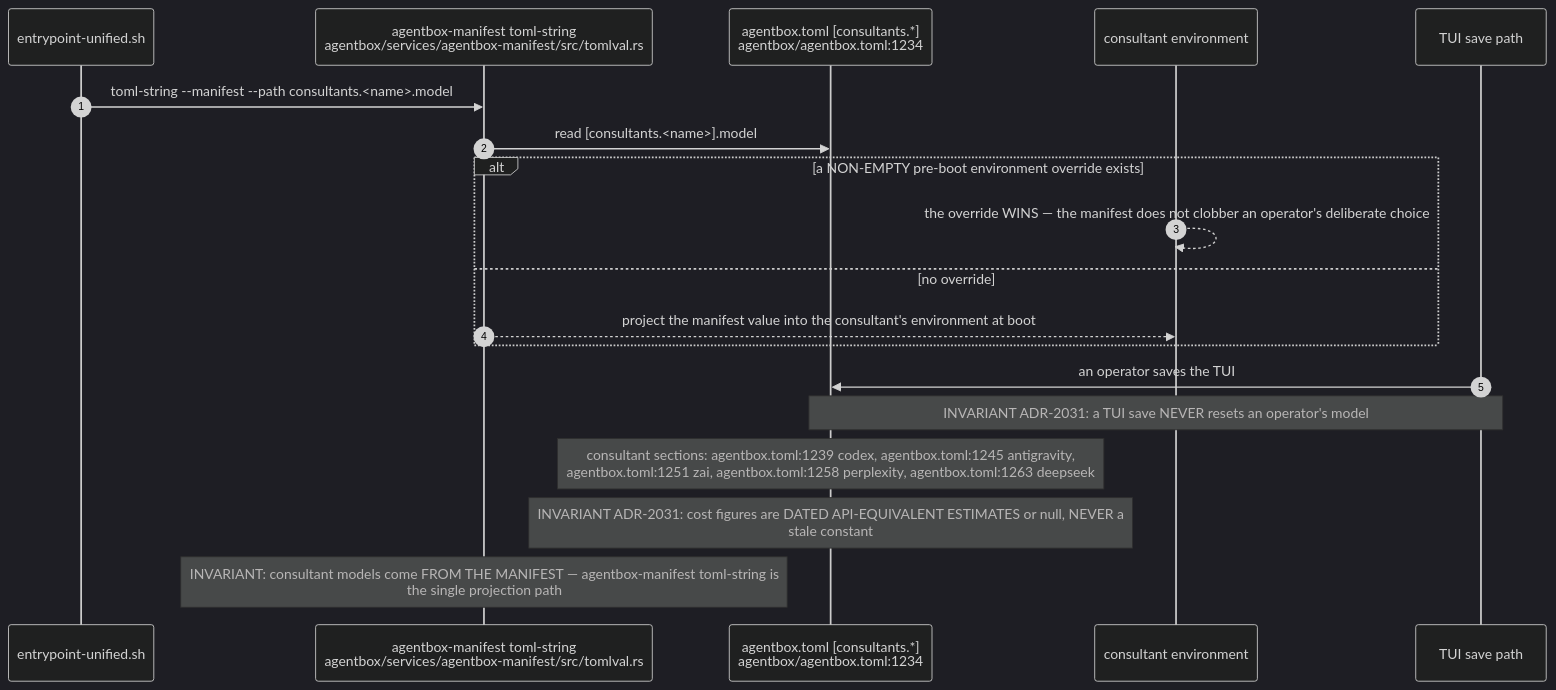
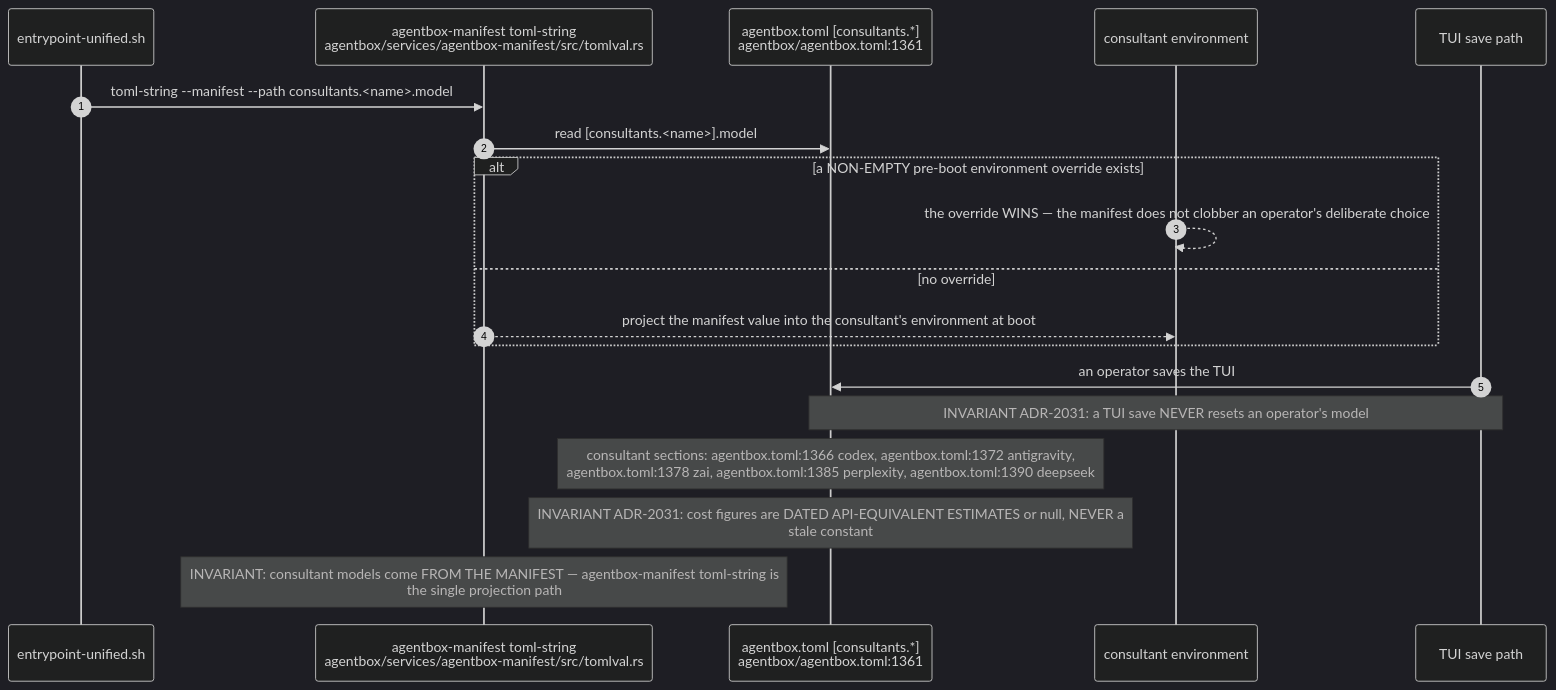
Before and after one commit to DreamLab-AI/VisionFlow: the third of 10 diagrams in docs/diagrams/agentbox/28-agentbox-services-and-manifest-binary.md, drawn with Mermaid (dark theme). The commit also changed other lines of this file and 111 other files, not shown here.

Commit message:
docs(diagrams): align estate maps with current source

````diff
--- a/docs/diagrams/agentbox/28-agentbox-services-and-manifest-binary.md
+++ b/docs/diagrams/agentbox/28-agentbox-services-and-manifest-binary.md
@@ -172,22 +172,22 @@
 ```mermaid
 sequenceDiagram
     autonumber
     participant EP as entrypoint-unified.sh
     participant BIN as agentbox-manifest toml-string<br/>agentbox/services/agentbox-manifest/src/tomlval.rs
-    participant TOML as agentbox.toml [consultants.*]<br/>agentbox/agentbox.toml:1234
+    participant TOML as agentbox.toml [consultants.*]<br/>agentbox/agentbox.toml:1361
     participant ENV as consultant environment
     participant TUI as TUI save path
 
     EP->>BIN: toml-string --manifest --path consultants.<name>.model
     BIN->>TOML: read [consultants.<name>].model
     alt a NON-EMPTY pre-boot environment override exists
         ENV-->>ENV: the override WINS — the manifest does not clobber an operator's deliberate choice
     else no override
         BIN-->>ENV: project the manifest value into the consultant's environment at boot
     end
     TUI->>TOML: an operator saves the TUI
     Note over TUI,TOML: INVARIANT ADR-2031: a TUI save NEVER resets an operator's model
-    Note over TOML: consultant sections: agentbox.toml:1239 codex, agentbox.toml:1245 antigravity,<br/>agentbox.toml:1251 zai, agentbox.toml:1258 perplexity, agentbox.toml:1263 deepseek
+    Note over TOML: consultant sections: agentbox.toml:1366 codex, agentbox.toml:1372 antigravity,<br/>agentbox.toml:1378 zai, agentbox.toml:1385 perplexity, agentbox.toml:1390 deepseek
     Note over TOML: INVARIANT ADR-2031: cost figures are DATED API-EQUIVALENT ESTIMATES or null, NEVER a<br/>stale constant
     Note over BIN: INVARIANT: consultant models come FROM THE MANIFEST — agentbox-manifest toml-string is<br/>the single projection path
 ```
````
